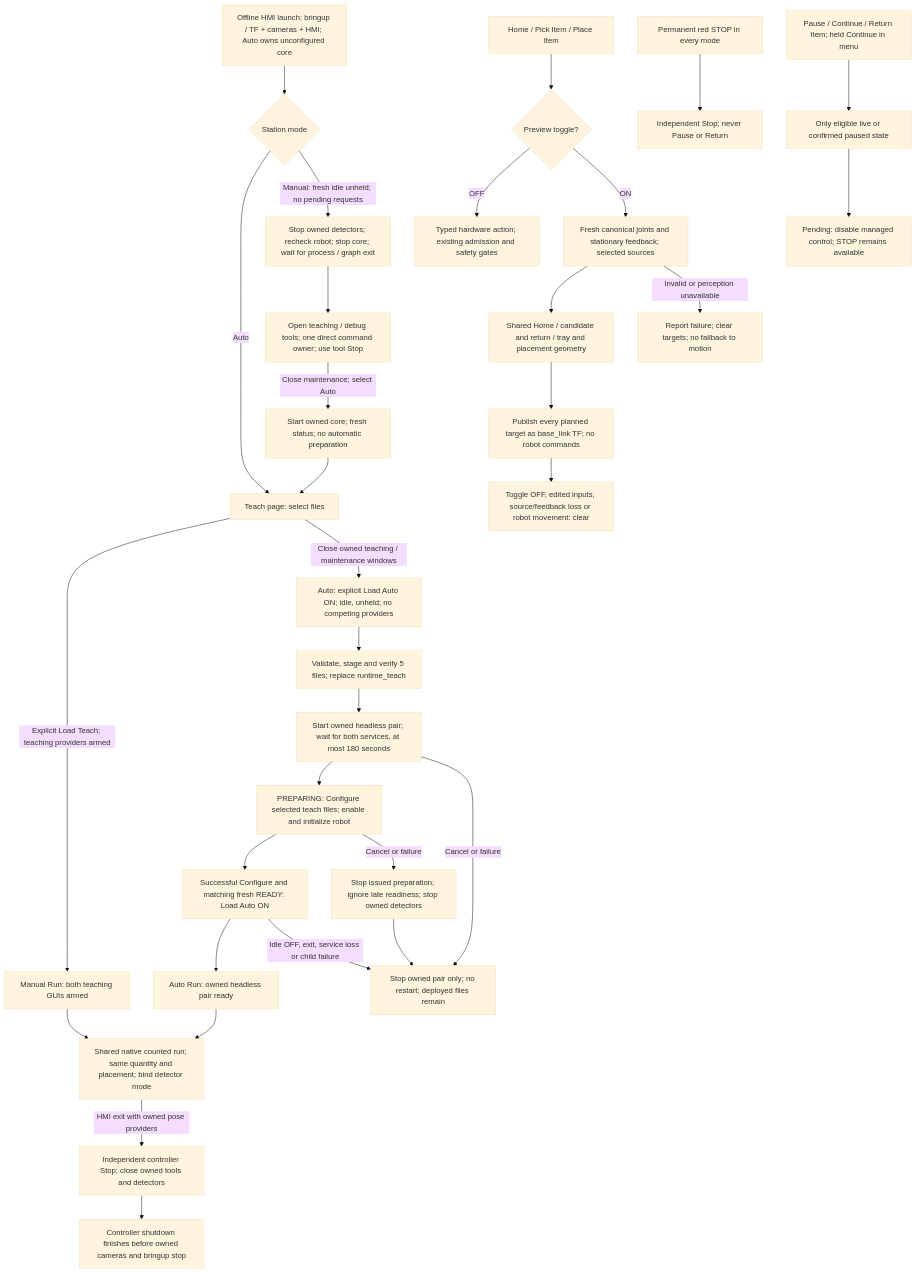
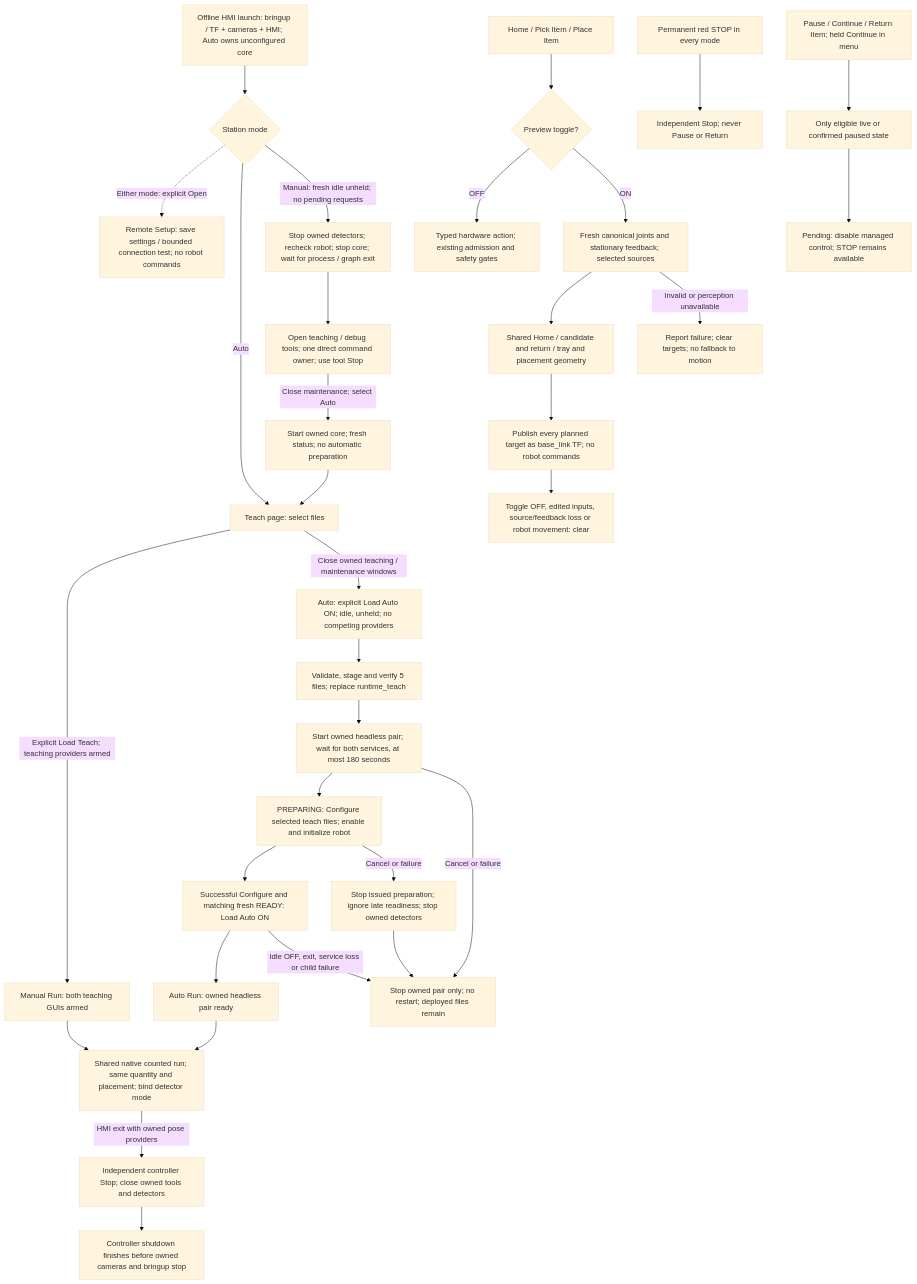
The first of 9 diagrams in docs/ROBOT_CONTROLLER_FSM.md (esgange/dobot_picknplace_yolo), drawn with Mermaid (base theme) before and after one commit. The commit also changed other lines of this file and 32 other files, not shown here.

Commit message:
Add Remote Setup UI and headless connection checks

````diff
--- a/docs/ROBOT_CONTROLLER_FSM.md
+++ b/docs/ROBOT_CONTROLLER_FSM.md
@@ -1009,34 +1020,35 @@
 ```mermaid
 flowchart TD
     Launch["Offline HMI launch: bringup / TF + cameras + HMI; Auto owns unconfigured core"] --> StationMode{"Station mode"}
+    StationMode -.->|Either mode: explicit Open| Remote["Remote Setup: save settings / bounded connection test; no robot commands"]
     StationMode -->|Auto| TeachPage
     StationMode -->|Manual: fresh idle unheld; no pending requests| ReleaseCore["Stop owned detectors; recheck robot; stop core; wait for process / graph exit"]
     ReleaseCore --> Tools["Open teaching / debug tools; one direct command owner; use tool Stop"]
     Tools -->|Close maintenance; select Auto| RestoreCore["Start owned core; fresh status; no automatic preparation"]
     RestoreCore --> TeachPage
     TeachPage["Teach page: select files"] -->|Explicit Load Teach; teaching providers armed| Manual
     TeachPage -->|Close owned teaching / maintenance windows| Deploy["Auto: explicit Load Auto ON; idle, unheld; no competing providers"]
     Deploy --> Copy["Validate, stage and verify 5 files; replace runtime_teach"]
     Copy --> Detect["Start owned headless pair; wait for both services, at most 180 seconds"]
     Detect --> Prepare["PREPARING: Configure selected teach files; enable and initialize robot"]
     Prepare --> Loaded["Successful Configure and matching fresh READY: Load Auto ON"]
     Loaded --> Auto["Auto Run: owned headless pair ready"]
     Manual["Manual Run: both teaching GUIs armed"] --> Run["Shared native counted run; same quantity and placement; bind detector mode"]
     Auto --> Run
     Run -->|HMI exit with owned pose providers| HmiExit["Independent controller Stop; close owned tools and detectors"]
     HmiExit --> StationExit["Controller shutdown finishes before owned cameras and bringup stop"]
     Loaded -->|Idle OFF, exit, service loss or child failure| End["Stop owned pair only; no restart; deployed files remain"]
     Detect -->|Cancel or failure| End
     Prepare -->|Cancel or failure| CancelPrepare["Stop issued preparation; ignore late readiness; stop owned detectors"]
     CancelPrepare --> End
     Buttons["Home / Pick Item / Place Item"] --> Mode{"Preview toggle?"}
     Mode -->|OFF| Action["Typed hardware action; existing admission and safety gates"]
     Mode -->|ON| Inputs["Fresh canonical joints and stationary feedback; selected sources"]
     Inputs --> Plan["Shared Home / candidate and return / tray and placement geometry"]
     Plan --> TF["Publish every planned target as base_link TF; no robot commands"]
     TF --> Clear["Toggle OFF, edited inputs, source/feedback loss or robot movement: clear"]
     Inputs -->|Invalid or perception unavailable| Failed["Report failure; clear targets; no fallback to motion"]
     Stop["Permanent red STOP in every mode"] --> Direct["Independent Stop; never Pause or Return"]
     Managed["Pause / Continue / Return Item; held Continue in menu"] --> Guard["Only eligible live or confirmed paused state"]
     Guard --> Pending["Pending: disable managed control; STOP remains available"]
 ```
````
